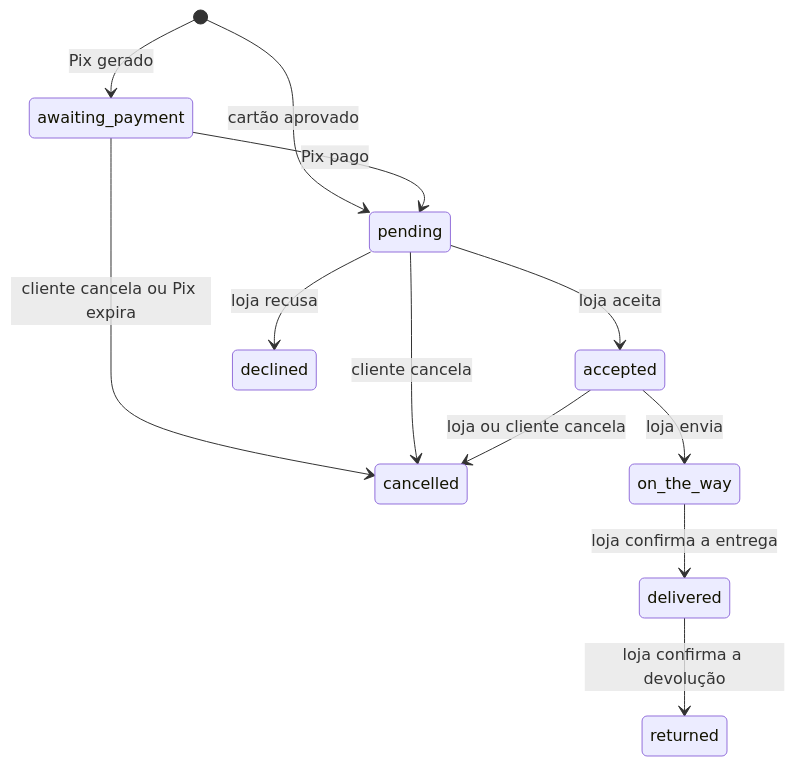
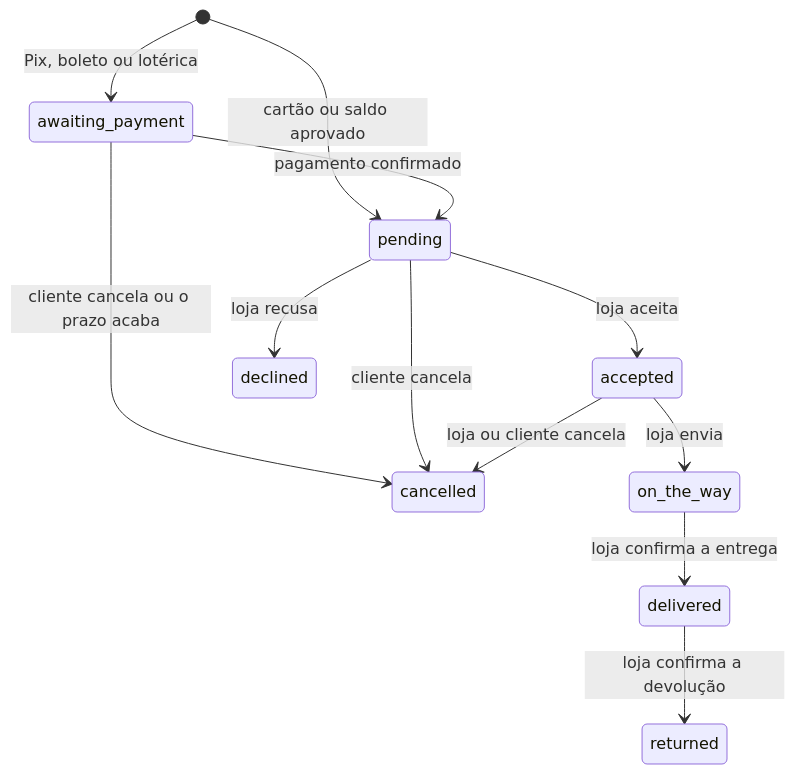
One commit to Salazar534/obra-agil changed the diagram in docs/API.md. Above: the diagram before and after it, drawn with Mermaid. The commit also changed other lines of this file and 487 other files, not shown here.

````diff
--- a/docs/API.md
+++ b/docs/API.md
@@ -176,14 +188,14 @@
 ```mermaid
 stateDiagram-v2
-  [*] --> awaiting_payment: Pix gerado
-  [*] --> pending: cartão aprovado
-  awaiting_payment --> pending: Pix pago
-  awaiting_payment --> cancelled: cliente cancela ou Pix expira
+  [*] --> awaiting_payment: Pix, boleto ou lotérica
+  [*] --> pending: cartão ou saldo aprovado
+  awaiting_payment --> pending: pagamento confirmado
+  awaiting_payment --> cancelled: cliente cancela ou o prazo acaba
   pending --> accepted: loja aceita
   pending --> declined: loja recusa
   pending --> cancelled: cliente cancela
   accepted --> on_the_way: loja envia
   accepted --> cancelled: loja ou cliente cancela
   on_the_way --> delivered: loja confirma a entrega
   delivered --> returned: loja confirma a devolução
 ```
````
